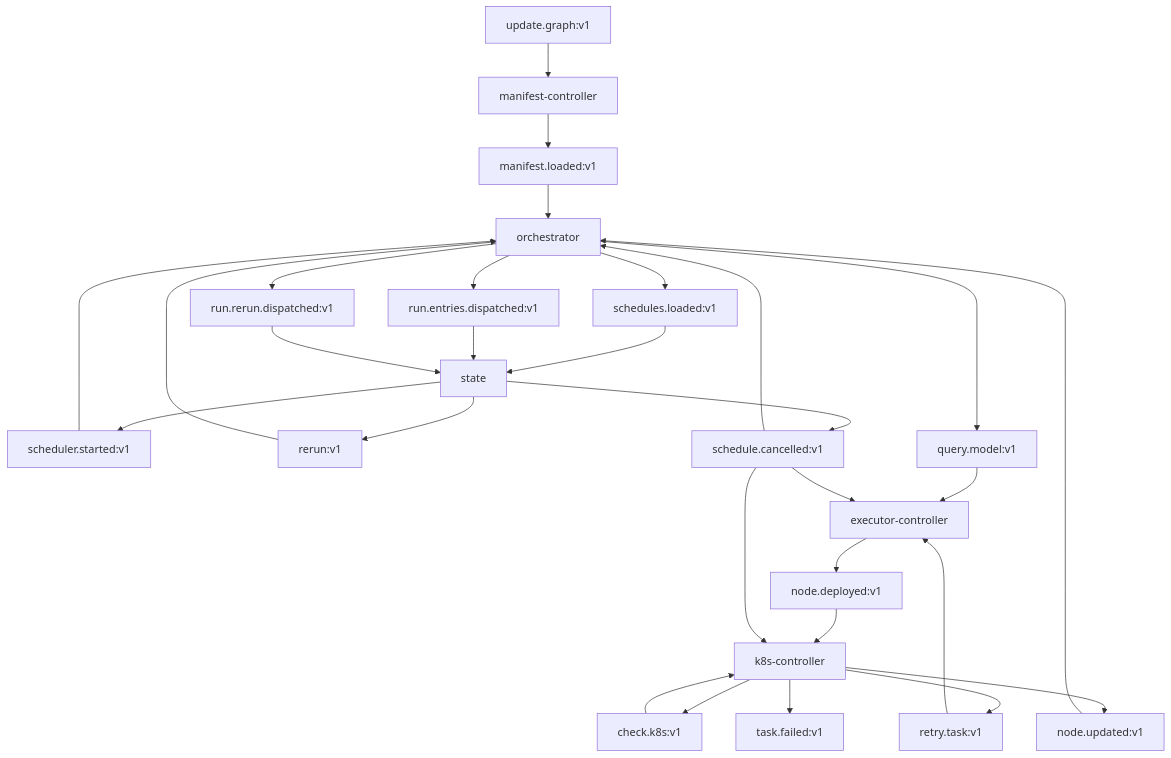
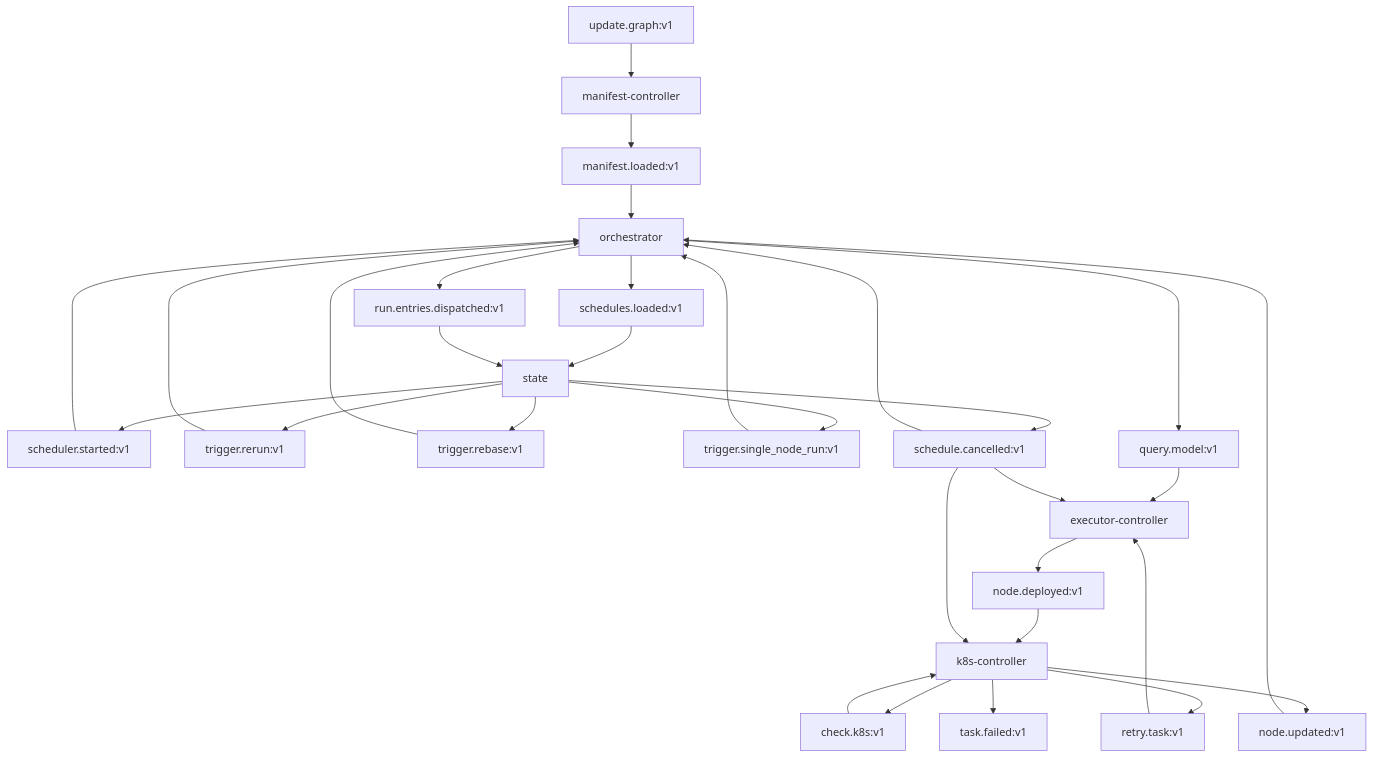
The second of 2 diagrams in docs/arch/01-topology.md (carolsimone/continuo), drawn with Mermaid before and after one commit. The commit also changed 16 other files, not shown here.

````diff
--- a/docs/arch/01-topology.md
+++ b/docs/arch/01-topology.md
@@ -54,54 +54,59 @@
 ```mermaid
 flowchart TD
   UG[update.graph:v1]
   ML[manifest.loaded:v1]
   SL[schedules.loaded:v1]
   SS[scheduler.started:v1]
   RED[run.entries.dispatched:v1]
-  RN[rerun:v1]
-  RRD[run.rerun.dispatched:v1]
+  TRR[trigger.rerun:v1]
+  TRB[trigger.rebase:v1]
+  TSN[trigger.single_node_run:v1]
   QM[query.model:v1]
   ED[node.deployed:v1]
   KCV[check.k8s:v1]
   TR[retry.task:v1]
   TF[task.failed:v1]
   UT[node.updated:v1]
 
   UG --> MC[manifest-controller]
   MC --> ML
   ML --> OR[orchestrator]
   OR --> SL
   SL --> ST[state]
 
   ST --> SS
   SS --> OR
   OR --> RED
   RED --> ST
 
-  ST --> RN
-  RN --> OR
-  OR --> RRD
-  RRD --> ST
+  ST --> TRR
+  TRR --> OR
+
+  ST --> TRB
+  TRB --> OR
+
+  ST --> TSN
+  TSN --> OR
 
   OR --> QM
 
   QM --> EC[executor-controller]
   TR --> EC
 
   EC --> ED
   ED --> KC[k8s-controller]
 
   KC --> KCV
   KCV --> KC
   KC --> TR
   KC --> TF
   KC --> UT
 
   UT --> OR
 
   SC_EV[schedule.cancelled:v1]
   ST --> SC_EV
   SC_EV --> OR
   SC_EV --> EC
   SC_EV --> KC
 ```
````
